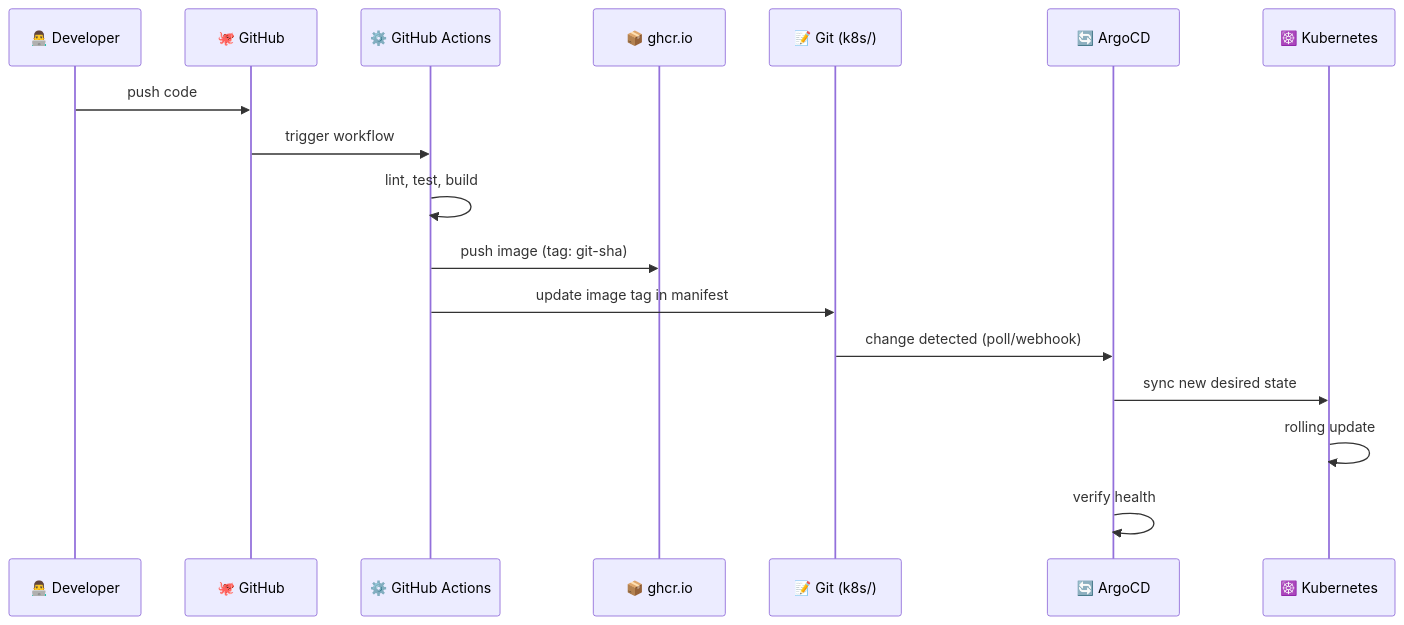
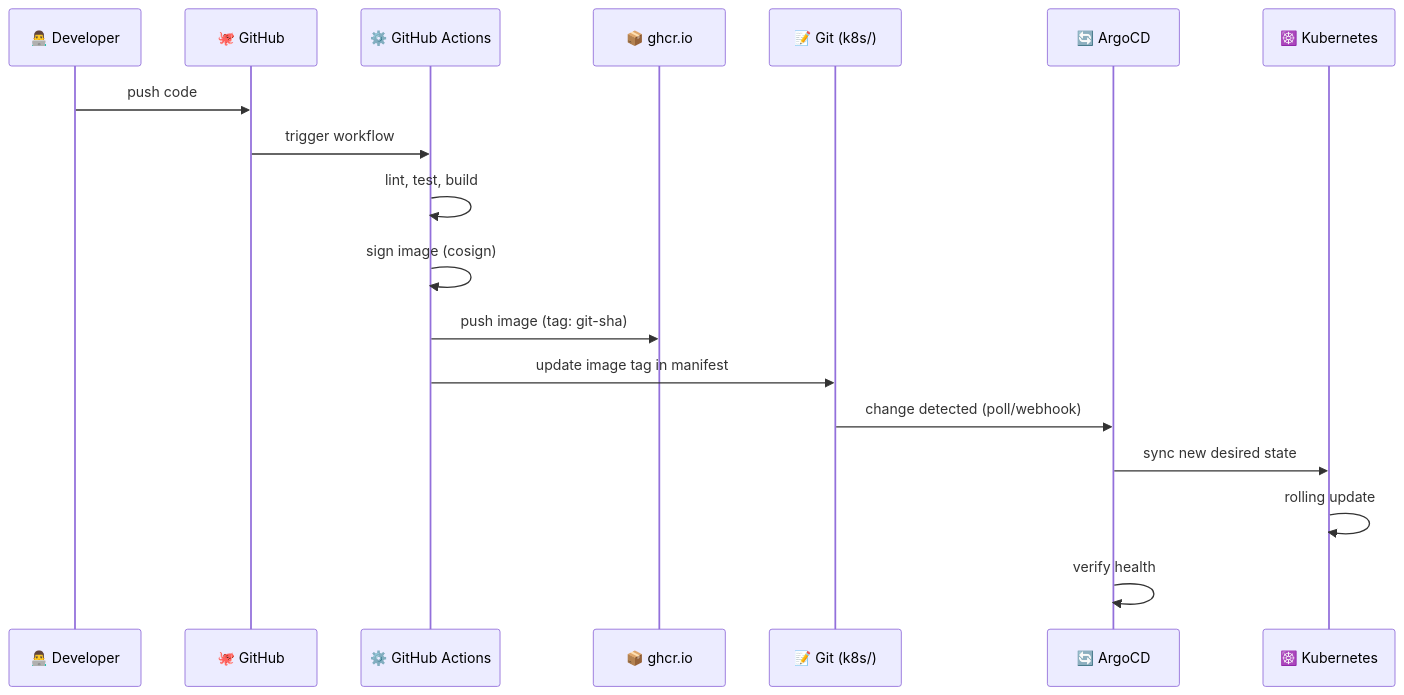
The sixth of 8 diagrams in lectures/lec5.md (inno-devops-labs/SRE-Intro), drawn with Mermaid before and after one commit. The commit also changed other lines of this file and 7 other files, not shown here.

````diff
--- a/lectures/lec5.md
+++ b/lectures/lec5.md
@@ -205,20 +356,21 @@
 ```mermaid
 sequenceDiagram
     participant Dev as 👨‍💻 Developer
     participant GH as 🐙 GitHub
     participant CI as ⚙️ GitHub Actions
     participant Reg as 📦 ghcr.io
     participant Git as 📝 Git (k8s/)
     participant Argo as 🔄 ArgoCD
     participant K8s as ☸️ Kubernetes
 
     Dev->>GH: push code
     GH->>CI: trigger workflow
     CI->>CI: lint, test, build
+    CI->>CI: sign image (cosign)
     CI->>Reg: push image (tag: git-sha)
     CI->>Git: update image tag in manifest
     Git->>Argo: change detected (poll/webhook)
     Argo->>K8s: sync new desired state
     K8s->>K8s: rolling update
     Argo->>Argo: verify health
 ```
````
